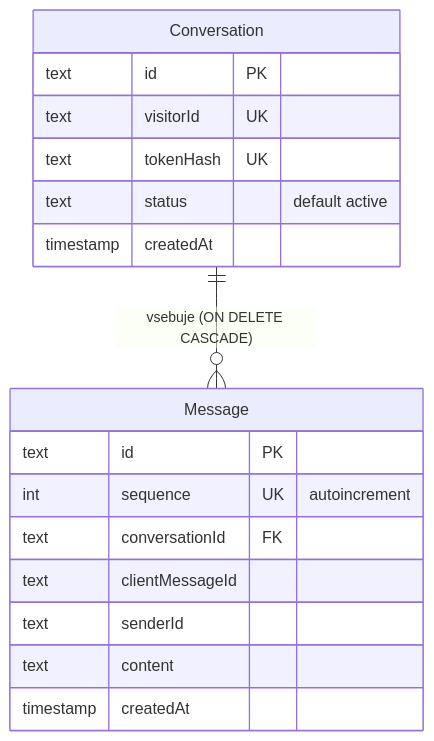
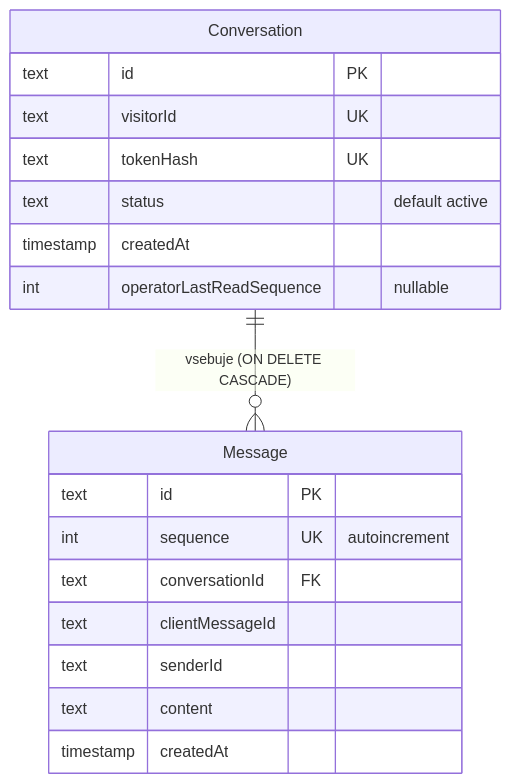
The diagram in docs/diploma/02-podatkovni-model.md (unjica/Live-Chat-Support-Demo), drawn with Mermaid before and after one commit. The commit also changed other lines of this file and 11 other files, not shown here.

````diff
--- a/docs/diploma/02-podatkovni-model.md
+++ b/docs/diploma/02-podatkovni-model.md
@@ -35,20 +35,21 @@
 ```mermaid
 erDiagram
   Conversation ||--o{ Message : "vsebuje (ON DELETE CASCADE)"
   Conversation {
     text id PK
     text visitorId UK
     text tokenHash UK
     text status "default active"
     timestamp createdAt
+    int operatorLastReadSequence "nullable"
   }
   Message {
     text id PK
     int sequence UK "autoincrement"
     text conversationId FK
     text clientMessageId
     text senderId
     text content
     timestamp createdAt
   }
 ```
````
